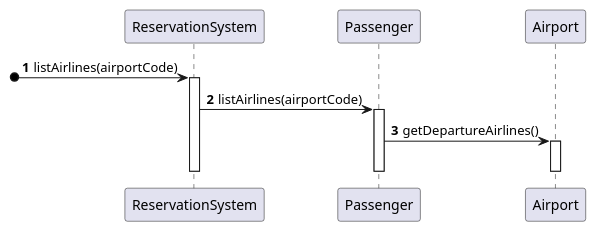
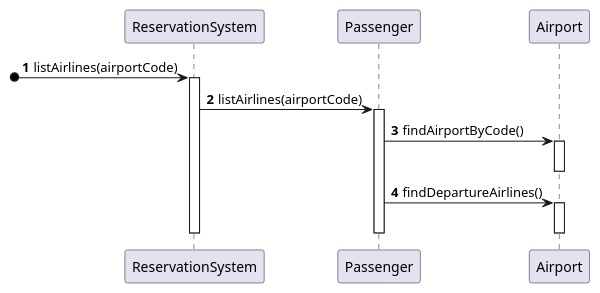
One commit to Ochirgarid/mpp-project changed the diagram in diagrams/plantuml/3-3-sequence-diagram.md. Above: the diagram before and after it, drawn with PlantUML. The commit also changed 28 other files, not shown here.

Commit message:
all diagram ready

````diff
--- a/diagrams/plantuml/3-3-sequence-diagram.md
+++ b/diagrams/plantuml/3-3-sequence-diagram.md
@@ -1,16 +1,19 @@
 ```plantuml
 @startuml
 autonumber
 
 [o->ReservationSystem: listAirlines(airportCode)
 activate ReservationSystem
 ReservationSystem -> Passenger: listAirlines(airportCode)
 activate Passenger
-Passenger -> Airport : getDepartureAirlines()
+Passenger -> Airport : findAirportByCode()
+activate Airport
+deactivate Airport
+Passenger -> Airport : findDepartureAirlines()
 activate Airport
 deactivate Airport
 deactivate Passenger
 deactivate ReservationSystem
 
 @enduml
 ```
````
